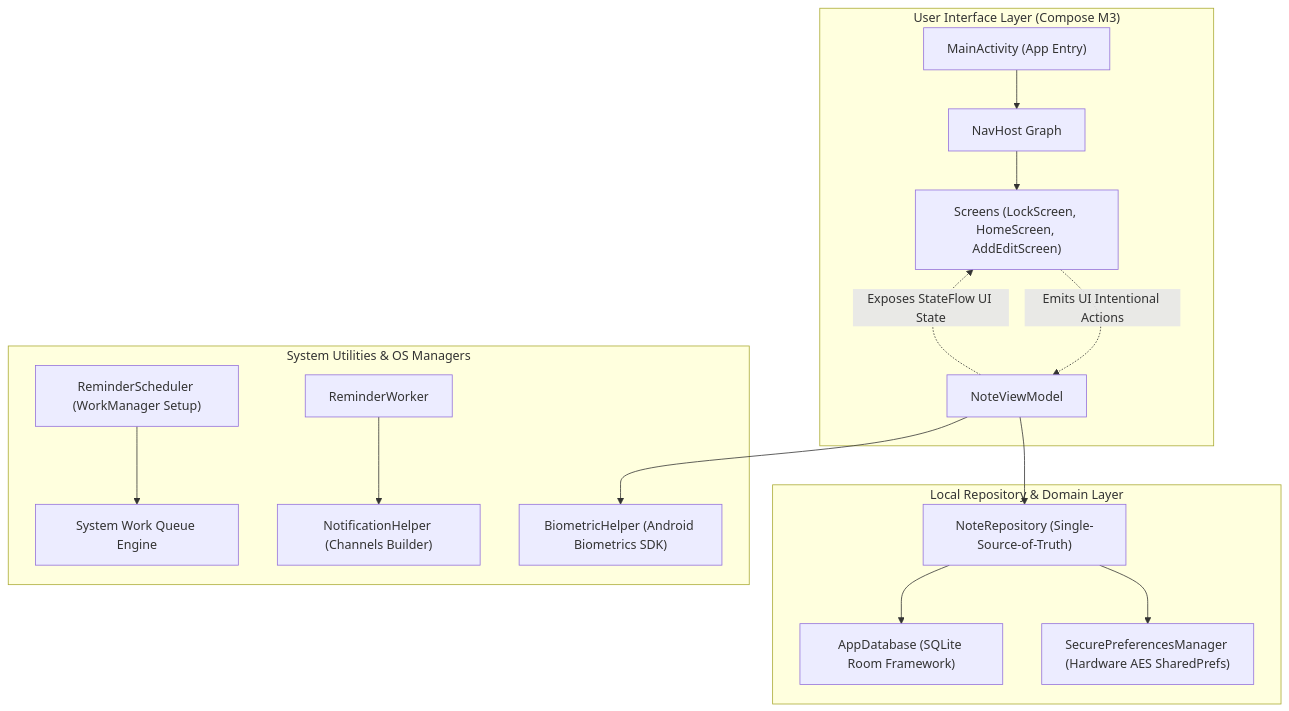
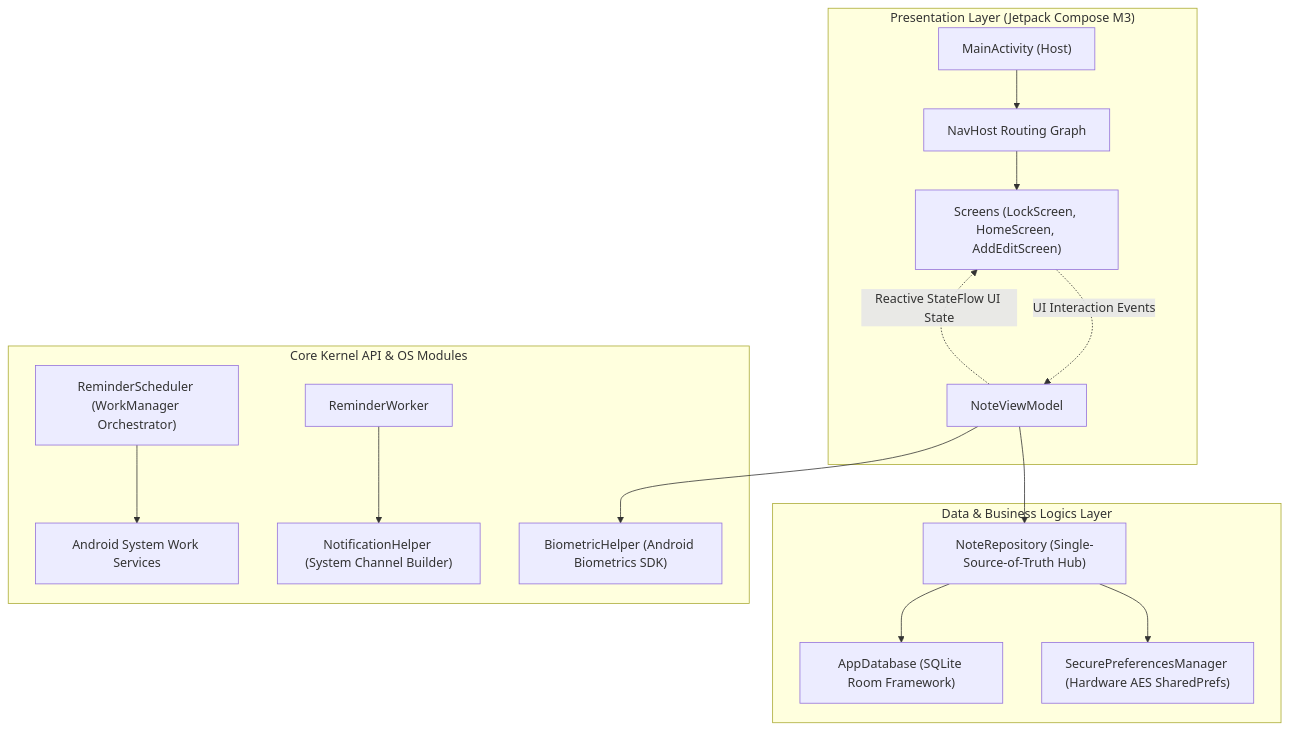
Before and after one commit to Dev-Karena/Note-D: the diagram in README.md, drawn with Mermaid. The commit also changed other lines of this file and 6 other files, not shown here.

````diff
--- a/README.md
+++ b/README.md
@@ -59,21 +70,21 @@
 ```mermaid
 flowchart TD
-    subgraph UI ["User Interface Layer (Compose M3)"]
-        MainActivity["MainActivity (App Entry)"] --> NavHost["NavHost Graph"]
+    subgraph UI ["Presentation Layer (Jetpack Compose M3)"]
+        MainActivity["MainActivity (Host)"] --> NavHost["NavHost Routing Graph"]
         NavHost --> ComposableScreens["Screens (LockScreen, HomeScreen, AddEditScreen)"]
-        ComposableScreens -.->|Emits UI Intentional Actions| NoteViewModel["NoteViewModel"]
-        NoteViewModel -.->|Exposes StateFlow UI State| ComposableScreens
+        ComposableScreens -.->|UI Interaction Events| NoteViewModel["NoteViewModel"]
+        NoteViewModel -.->|Reactive StateFlow UI State| ComposableScreens
     end
 
-    subgraph Data ["Local Repository & Domain Layer"]
-        NoteViewModel --> NoteRepository["NoteRepository (Single-Source-of-Truth)"]
+    subgraph DomainData ["Data & Business Logics Layer"]
+        NoteViewModel --> NoteRepository["NoteRepository (Single-Source-of-Truth Hub)"]
         NoteRepository --> SecurePreferencesManager["SecurePreferencesManager (Hardware AES SharedPrefs)"]
         NoteRepository --> AppDatabase["AppDatabase (SQLite Room Framework)"]
     end
 
-    subgraph Hardware ["System Utilities & OS Managers"]
+    subgraph OS_Managers ["Core Kernel API & OS Modules"]
         NoteViewModel --> BiometricHelper["BiometricHelper (Android Biometrics SDK)"]
-        ReminderScheduler["ReminderScheduler (WorkManager Setup)"] --> SysAlarm["System Work Queue Engine"]
-        ReminderWorker["ReminderWorker"] --> NotificationHelper["NotificationHelper (Channels Builder)"]
+        ReminderScheduler["ReminderScheduler (WorkManager Orchestrator)"] --> WorkQueue["Android System Work Services"]
+        ReminderWorker["ReminderWorker"] --> NotificationHelper["NotificationHelper (System Channel Builder)"]
     end
 ```
````
